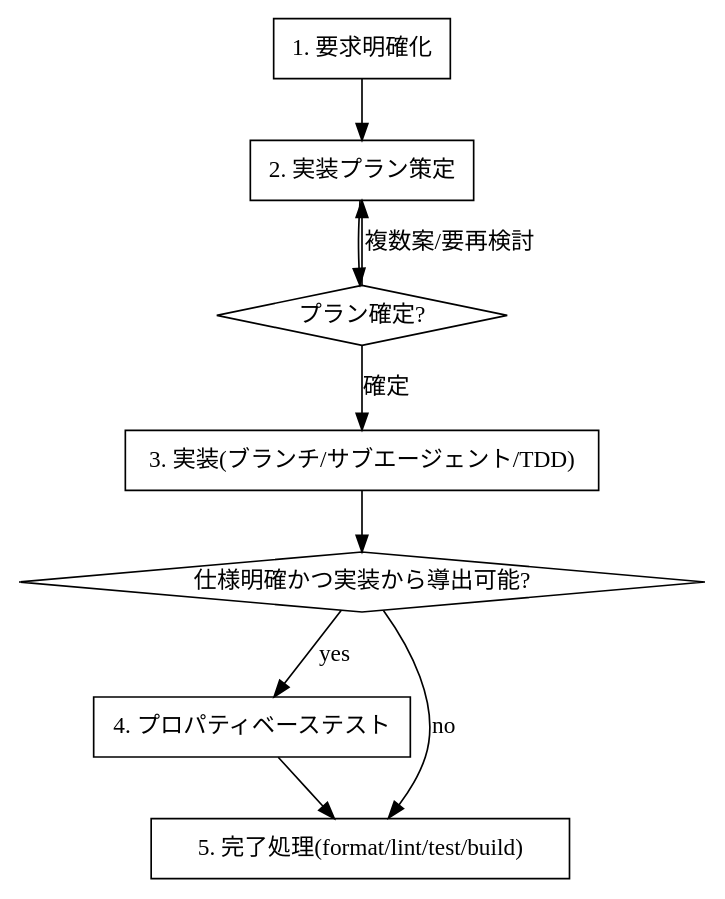
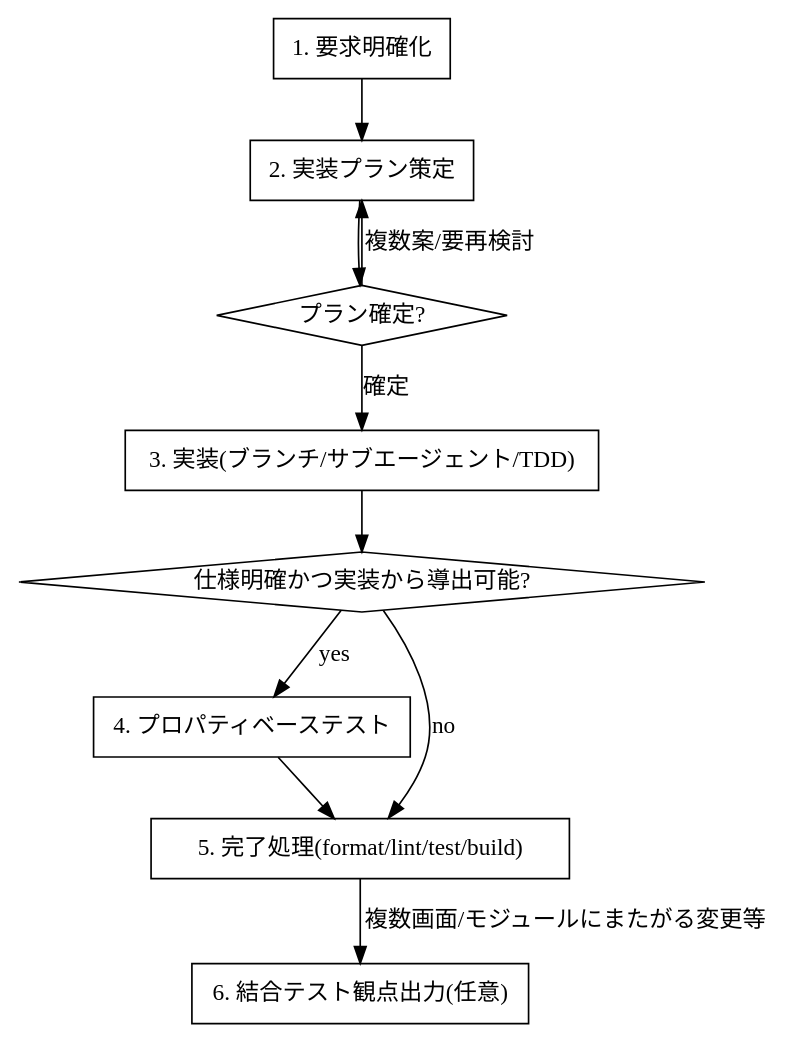
Before and after one commit to natsuyasai/multi-column-x: the diagram in .claude/skills/feature-development-flow/SKILL.md, drawn with Graphviz. The commit also changed other lines of this file and 5 other files, not shown here.

````diff
--- a/.claude/skills/feature-development-flow/SKILL.md
+++ b/.claude/skills/feature-development-flow/SKILL.md
@@ -15,21 +15,23 @@
 ```dot
 digraph flow {
   rankdir=TB;
   "1. 要求明確化" [shape=box];
   "2. 実装プラン策定" [shape=box];
   "プラン確定?" [shape=diamond];
   "3. 実装(ブランチ/サブエージェント/TDD)" [shape=box];
   "仕様明確かつ実装から導出可能?" [shape=diamond];
   "4. プロパティベーステスト" [shape=box];
   "5. 完了処理(format/lint/test/build)" [shape=box];
+  "6. 結合テスト観点出力(任意)" [shape=box];
 
   "1. 要求明確化" -> "2. 実装プラン策定";
   "2. 実装プラン策定" -> "プラン確定?";
   "プラン確定?" -> "2. 実装プラン策定" [label="複数案/要再検討"];
   "プラン確定?" -> "3. 実装(ブランチ/サブエージェント/TDD)" [label="確定"];
   "3. 実装(ブランチ/サブエージェント/TDD)" -> "仕様明確かつ実装から導出可能?";
   "仕様明確かつ実装から導出可能?" -> "4. プロパティベーステスト" [label="yes"];
   "仕様明確かつ実装から導出可能?" -> "5. 完了処理(format/lint/test/build)" [label="no"];
   "4. プロパティベーステスト" -> "5. 完了処理(format/lint/test/build)";
+  "5. 完了処理(format/lint/test/build)" -> "6. 結合テスト観点出力(任意)" [label="複数画面/モジュールにまたがる変更等"];
 }
 ```
````
